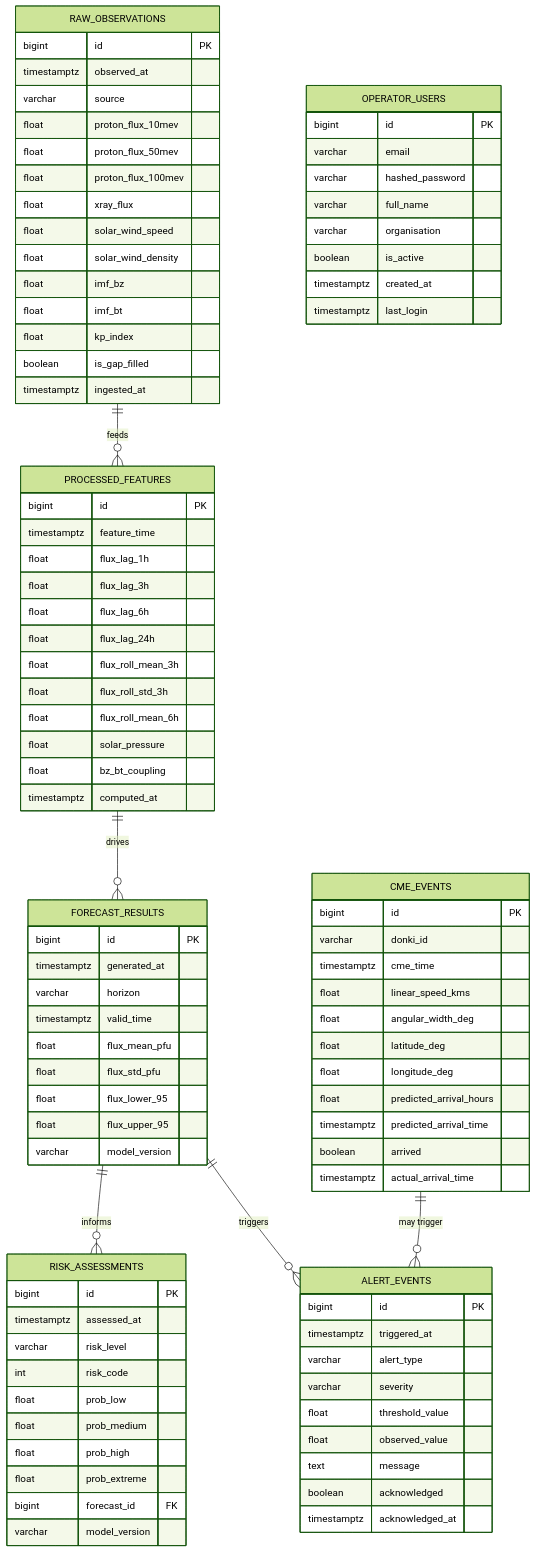
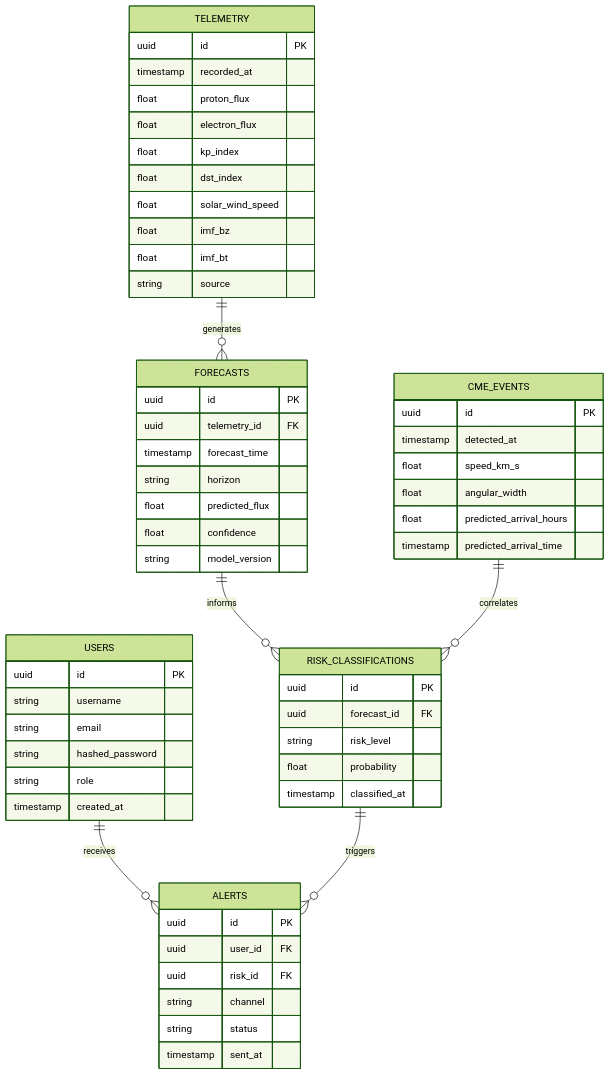
The third of 3 diagrams in README.md (neil-data/Astra), drawn with Mermaid (forest theme) before and after one commit. The commit also changed other lines of this file, not shown here.

````diff
--- a/README.md
+++ b/README.md
@@ -1455,102 +575,65 @@
 ```mermaid
 erDiagram
-    RAW_OBSERVATIONS {
-        bigint id PK
-        timestamptz observed_at
-        varchar source
-        float proton_flux_10mev
-        float proton_flux_50mev
-        float proton_flux_100mev
-        float xray_flux
+    USERS ||--o{ ALERTS : receives
+    USERS {
+        uuid id PK
+        string username
+        string email
+        string hashed_password
+        string role
+        timestamp created_at
+    }
+
+    TELEMETRY ||--o{ FORECASTS : generates
+    TELEMETRY {
+        uuid id PK
+        timestamp recorded_at
+        float proton_flux
+        float electron_flux
+        float kp_index
+        float dst_index
         float solar_wind_speed
-        float solar_wind_density
         float imf_bz
         float imf_bt
-        float kp_index
-        boolean is_gap_filled
-        timestamptz ingested_at
+        string source
     }
 
-    PROCESSED_FEATURES {
-        bigint id PK
-        timestamptz feature_time
-        float flux_lag_1h
-        float flux_lag_3h
-        float flux_lag_6h
-        float flux_lag_24h
-        float flux_roll_mean_3h
-        float flux_roll_std_3h
-        float flux_roll_mean_6h
-        float solar_pressure
-        float bz_bt_coupling
-        timestamptz computed_at
+    FORECASTS ||--o{ RISK_CLASSIFICATIONS : informs
+    FORECASTS {
+        uuid id PK
+        uuid telemetry_id FK
+        timestamp forecast_time
+        string horizon
+        float predicted_flux
+        float confidence
+        string model_version
     }
 
-    FORECAST_RESULTS {
-        bigint id PK
-        timestamptz generated_at
-        varchar horizon
-        timestamptz valid_time
-        float flux_mean_pfu
-        float flux_std_pfu
-        float flux_lower_95
-        float flux_upper_95
-        varchar model_version
+    RISK_CLASSIFICATIONS ||--o{ ALERTS : triggers
+    RISK_CLASSIFICATIONS {
+        uuid id PK
+        uuid forecast_id FK
+        string risk_level
+        float probability
+        timestamp classified_at
     }
 
-    RISK_ASSESSMENTS {
-        bigint id PK
-        timestamptz assessed_at
-        varchar risk_level
-        int risk_code
-        float prob_low
-        float prob_medium
-        float prob_high
-        float prob_extreme
-        bigint forecast_id FK
-        varchar model_version
+    ALERTS {
+        uuid id PK
+        uuid user_id FK
+        uuid risk_id FK
+        string channel
+        string status
+        timestamp sent_at
     }
 
+    CME_EVENTS ||--o{ RISK_CLASSIFICATIONS : correlates
     CME_EVENTS {
-        bigint id PK
-        varchar donki_id
-        timestamptz cme_time
-        float linear_speed_kms
-        float angular_width_deg
-        float latitude_deg
-        float longitude_deg
+        uuid id PK
+        timestamp detected_at
+        float speed_km_s
+        float angular_width
         float predicted_arrival_hours
-        timestamptz predicted_arrival_time
-        boolean arrived
-        timestamptz actual_arrival_time
+        timestamp predicted_arrival_time
     }
-
-    ALERT_EVENTS {
-        bigint id PK
-        timestamptz triggered_at
-        varchar alert_type
-        varchar severity
-        float threshold_value
-        float observed_value
-        text message
-        boolean acknowledged
-        timestamptz acknowledged_at
-    }
-
-    OPERATOR_USERS {
-        bigint id PK
-        varchar email
-        varchar hashed_password
-        varchar full_name
-        varchar organisation
-        boolean is_active
-        timestamptz created_at
-        timestamptz last_login
-    }
-
-    RAW_OBSERVATIONS ||--o{ PROCESSED_FEATURES : "feeds"
-    PROCESSED_FEATURES ||--o{ FORECAST_RESULTS : "drives"
-    FORECAST_RESULTS ||--o{ RISK_ASSESSMENTS : "informs"
-    FORECAST_RESULTS ||--o{ ALERT_EVENTS : "triggers"
-    CME_EVENTS ||--o{ ALERT_EVENTS : "may trigger"
 ```
````
